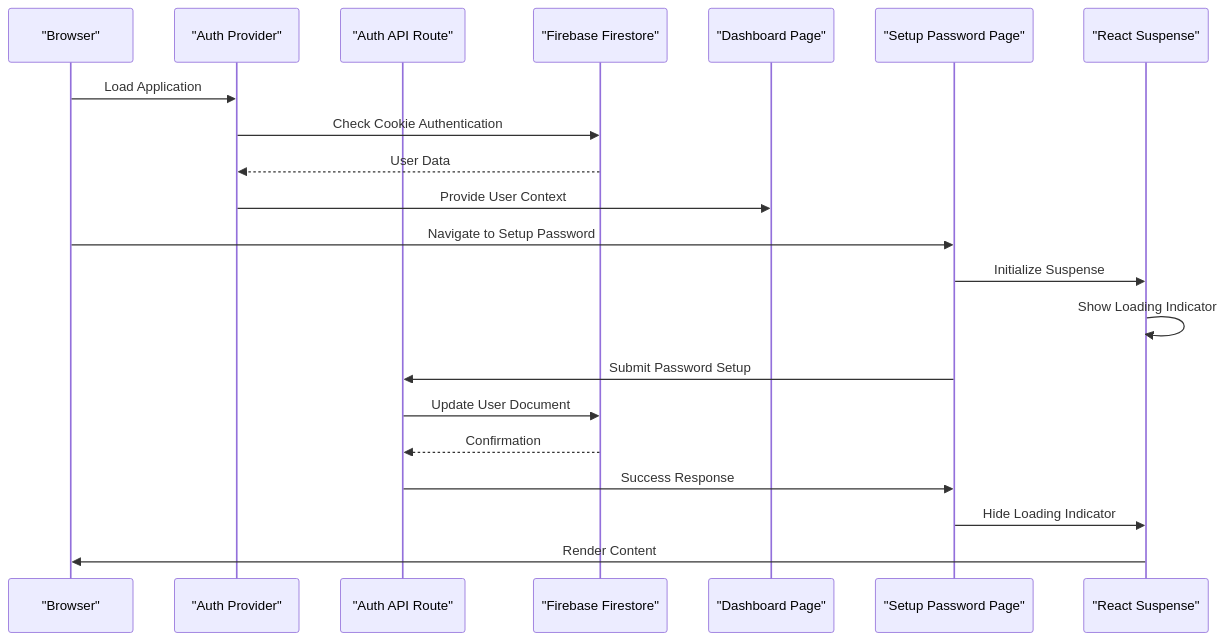
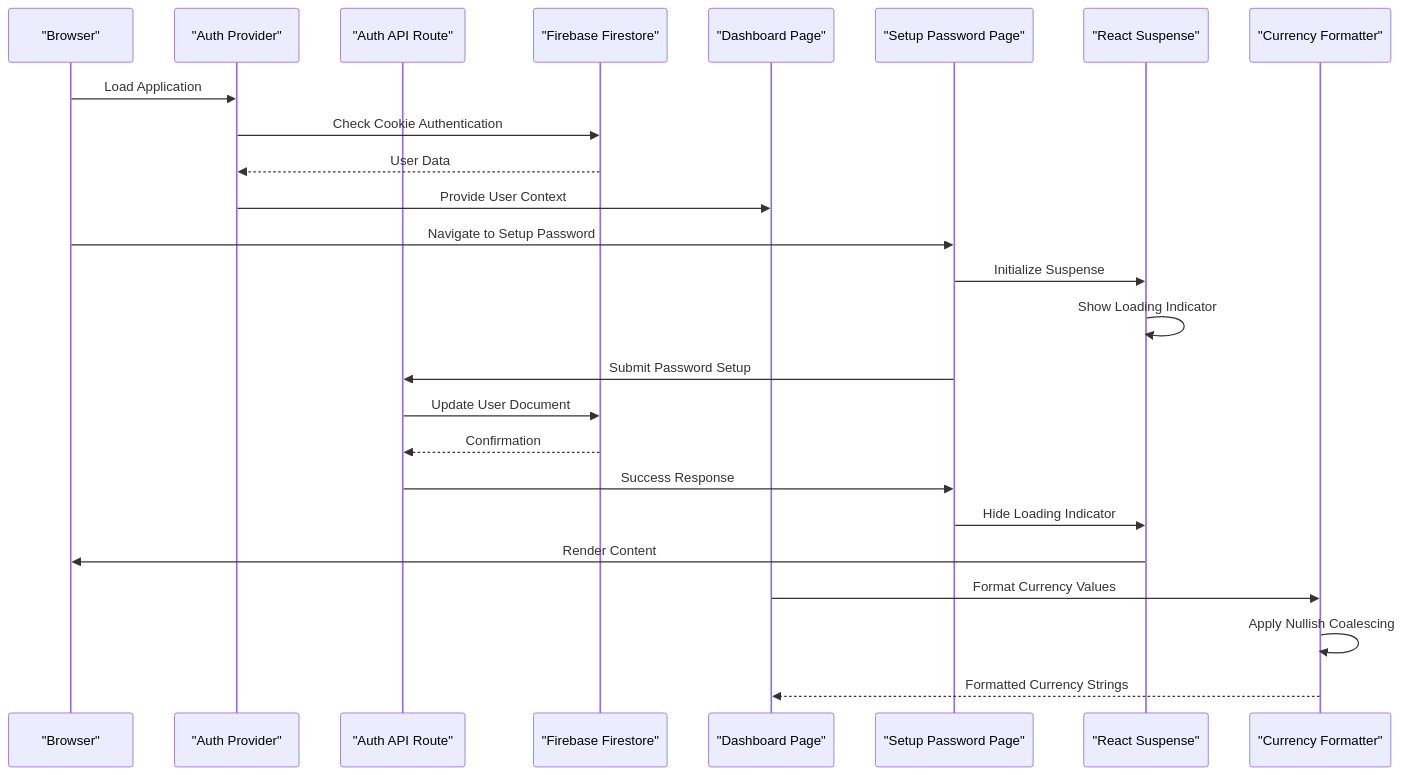
Before and after one commit to Unsure-bry/sampacoop_system: the second of 15 diagrams in .qoder/repowiki/en/content/Dashboard System.md, drawn with Mermaid. The commit also changed other lines of this file and 3 other files, not shown here.

````diff
--- a/.qoder/repowiki/en/content/Dashboard System.md
+++ b/.qoder/repowiki/en/content/Dashboard System.md
@@ -151,23 +169,27 @@
 ```mermaid
 sequenceDiagram
 participant Browser as "Browser"
 participant Auth as "Auth Provider"
 participant API as "Auth API Route"
 participant Firebase as "Firebase Firestore"
 participant Dashboard as "Dashboard Page"
 participant SetupPassword as "Setup Password Page"
 participant Suspense as "React Suspense"
+participant CurrencyFormatter as "Currency Formatter"
 Browser->>Auth : Load Application
 Auth->>Firebase : Check Cookie Authentication
 Firebase-->>Auth : User Data
 Auth->>Dashboard : Provide User Context
 Browser->>SetupPassword : Navigate to Setup Password
 SetupPassword->>Suspense : Initialize Suspense
 Suspense->>Suspense : Show Loading Indicator
 SetupPassword->>API : Submit Password Setup
 API->>Firebase : Update User Document
 Firebase-->>API : Confirmation
 API->>SetupPassword : Success Response
 SetupPassword->>Suspense : Hide Loading Indicator
 Suspense->>Browser : Render Content
+Dashboard->>CurrencyFormatter : Format Currency Values
+CurrencyFormatter->>CurrencyFormatter : Apply Nullish Coalescing
+CurrencyFormatter-->>Dashboard : Formatted Currency Strings
 ```
````
